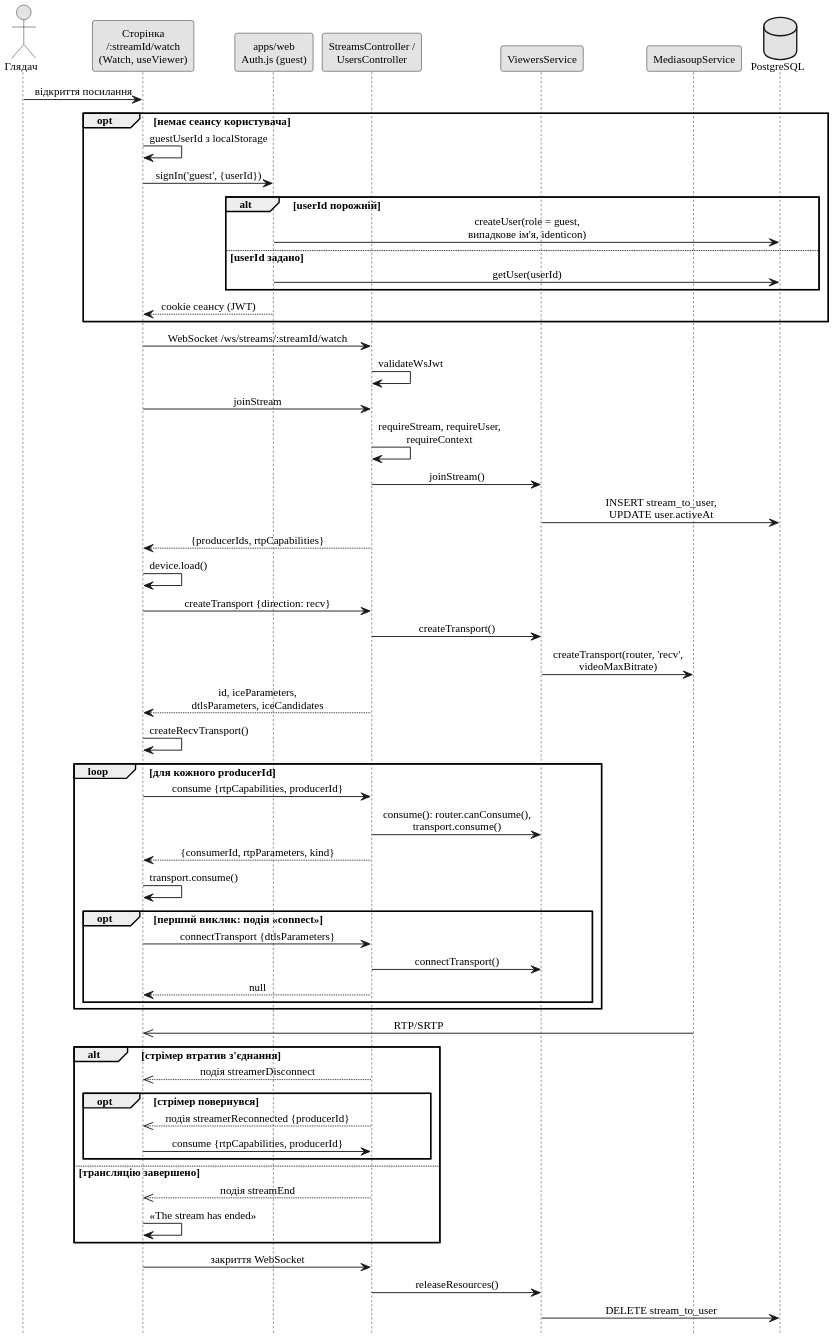
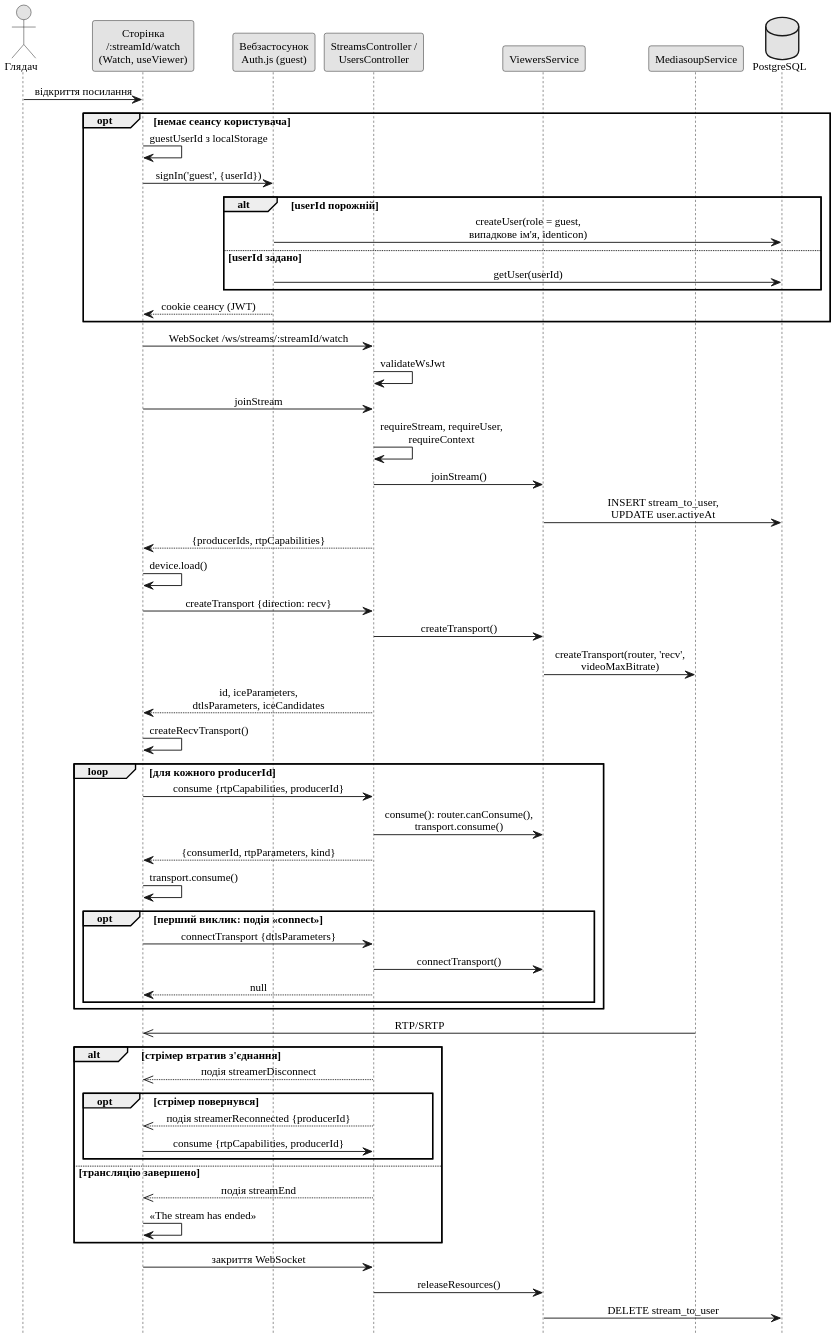
The diagram in thesis/diagrams/fig-seq-watch.puml (Nikitos1926/stream-share), drawn with PlantUML before and after one commit. The commit also changed 16 other files, not shown here.

First line of the commit message:
thesis: style pass on ch.3 and ch.4.2–4.6 — no x.y.z points, no inline code, no paths; diagram labels by role

```diff
--- a/thesis/diagrams/fig-seq-watch.puml
+++ b/thesis/diagrams/fig-seq-watch.puml
@@ -1,73 +1,73 @@
 @startuml
 !pragma layout smetana
 skinparam defaultFontName "Liberation Serif"
 skinparam dpi 200
 skinparam shadowing false
 skinparam monochrome true
 skinparam defaultFontSize 12
 skinparam sequenceMessageAlign center
 hide footbox
 
 actor "Глядач" as U
 participant "Сторінка\n/:streamId/watch\n(Watch, useViewer)" as P
-participant "apps/web\nAuth.js (guest)" as A
+participant "Вебзастосунок\nAuth.js (guest)" as A
 participant "StreamsController /\nUsersController" as C
 participant "ViewersService" as VS
 participant "MediasoupService" as MS
 database "PostgreSQL" as DB
 
 U -> P : відкриття посилання
 opt немає сеансу користувача
   P -> P : guestUserId з localStorage
   P -> A : signIn('guest', {userId})
   alt userId порожній
     A -> DB : createUser(role = guest,\nвипадкове ім'я, identicon)
   else userId задано
     A -> DB : getUser(userId)
   end
   A --> P : cookie сеансу (JWT)
 end
 
 P -> C : WebSocket /ws/streams/:streamId/watch
 C -> C : validateWsJwt
 P -> C : joinStream
 C -> C : requireStream, requireUser,\nrequireContext
 C -> VS : joinStream()
 VS -> DB : INSERT stream_to_user,\nUPDATE user.activeAt
 C --> P : {producerIds, rtpCapabilities}
 P -> P : device.load()
 
 P -> C : createTransport {direction: recv}
 C -> VS : createTransport()
 VS -> MS : createTransport(router, 'recv',\nvideoMaxBitrate)
 C --> P : id, iceParameters,\ndtlsParameters, iceCandidates
 P -> P : createRecvTransport()
 
 loop для кожного producerId
   P -> C : consume {rtpCapabilities, producerId}
   C -> VS : consume(): router.canConsume(),\ntransport.consume()
   C --> P : {consumerId, rtpParameters, kind}
   P -> P : transport.consume()
   opt перший виклик: подія «connect»
     P -> C : connectTransport {dtlsParameters}
     C -> VS : connectTransport()
     C --> P : null
   end
 end
 MS ->> P : RTP/SRTP
 
 alt стрімер втратив з'єднання
   C -->> P : подія streamerDisconnect
   opt стрімер повернувся
     C -->> P : подія streamerReconnected {producerId}
     P -> C : consume {rtpCapabilities, producerId}
   end
 else трансляцію завершено
   C -->> P : подія streamEnd
   P -> P : «The stream has ended»
 end
 
 P -> C : закриття WebSocket
 C -> VS : releaseResources()
 VS -> DB : DELETE stream_to_user
 @enduml
```
